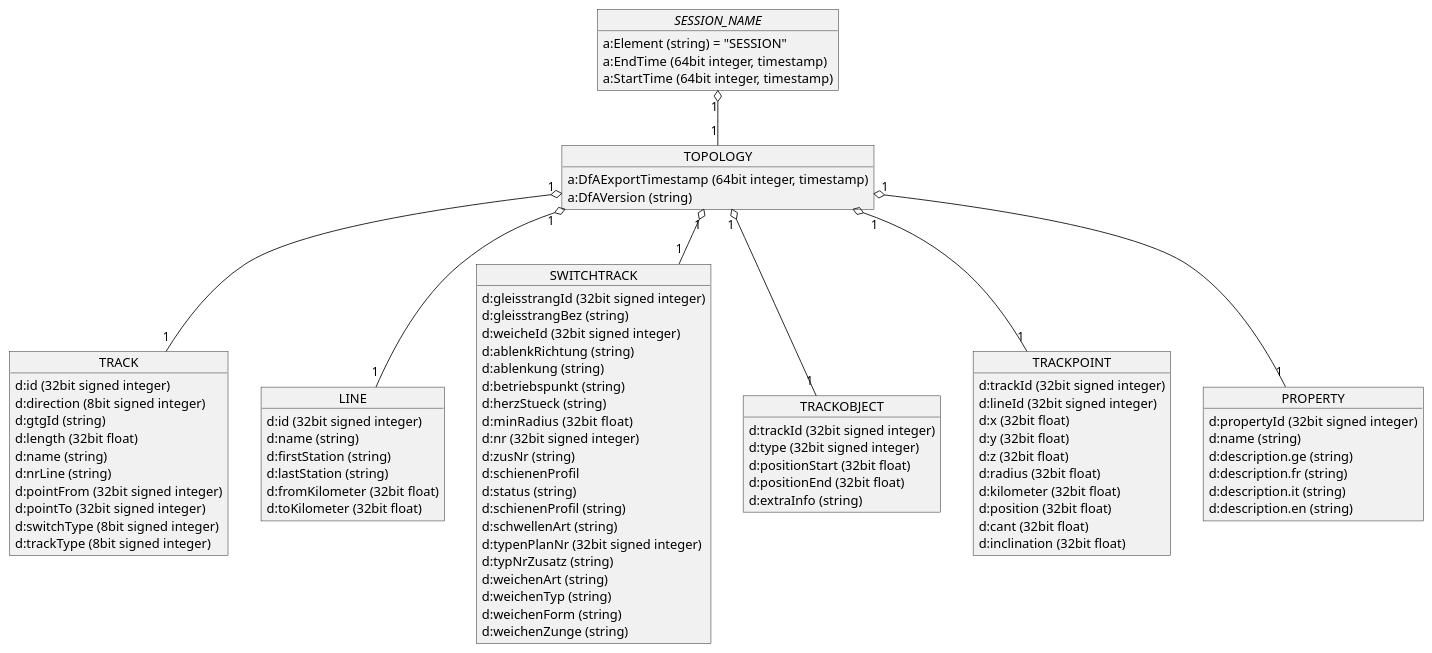
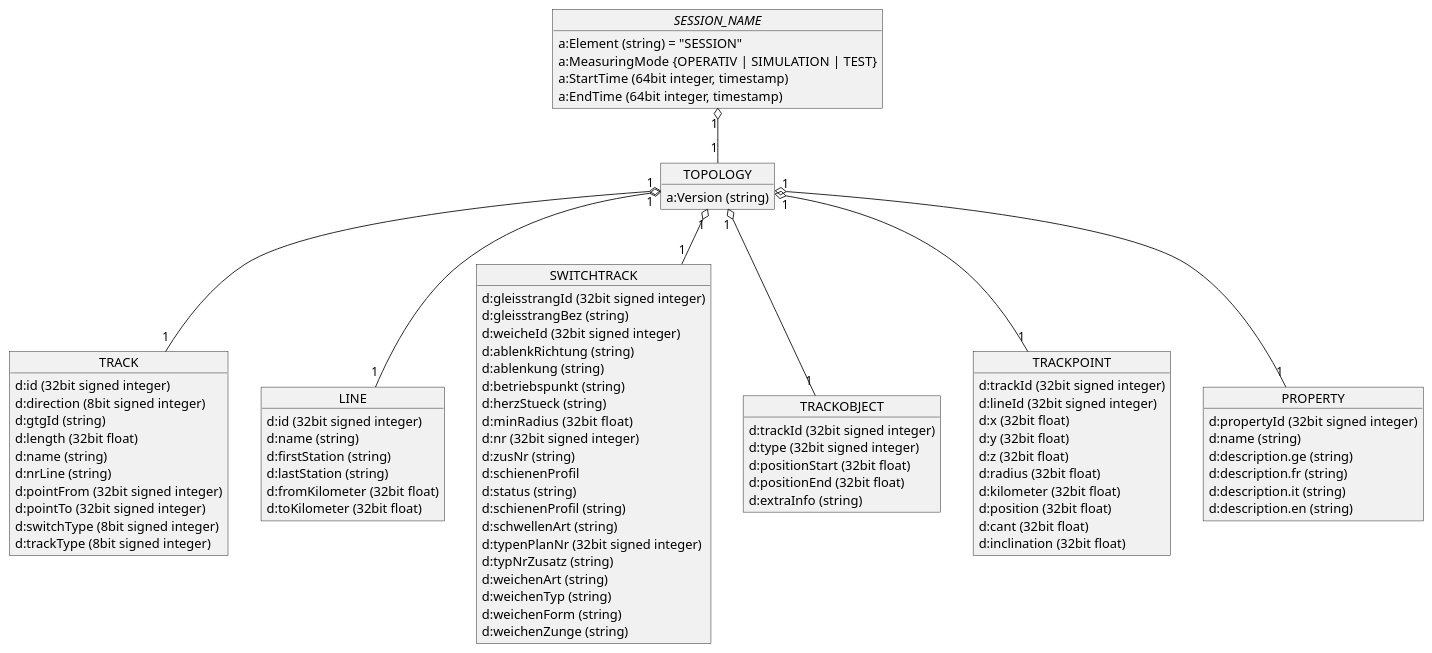
The fourth of 9 diagrams in images.puml (OpenRailAssociation/rcm-dx), drawn with PlantUML before and after one commit. The commit also changed other lines of this file and 5 other files, not shown here.

```diff
--- a/images.puml
+++ b/images.puml
@@ -169,98 +215,98 @@
 @startuml RCM_DX_Topology_overview
 
   object "//SESSION_NAME//" as session_name {
     a:Element (string) = "SESSION"
+    a:MeasuringMode {OPERATIV | SIMULATION | TEST}
+    a:StartTime (64bit integer, timestamp)
     a:EndTime (64bit integer, timestamp)
-    a:StartTime (64bit integer, timestamp)
   }
 
   object TOPOLOGY {
-    a:DfAExportTimestamp (64bit integer, timestamp)
-    a:DfAVersion (string)
+    a:Version (string)
   }
 
   object TRACK {
     d:id (32bit signed integer)
     d:direction (8bit signed integer)
     d:gtgId (string)
     d:length (32bit float)
     d:name (string)
     d:nrLine (string)
     d:pointFrom (32bit signed integer)
     d:pointTo (32bit signed integer)
     d:switchType (8bit signed integer)
     d:trackType (8bit signed integer)
   }
 
   object LINE {
     d:id (32bit signed integer)
     d:name (string)
     d:firstStation (string)
     d:lastStation (string)
     d:fromKilometer (32bit float)
     d:toKilometer (32bit float)
   }
 
   object SWITCHTRACK {
     d:gleisstrangId (32bit signed integer)
     d:gleisstrangBez (string)
     d:weicheId (32bit signed integer)
     d:ablenkRichtung (string)
     d:ablenkung (string)
     d:betriebspunkt (string)
     d:herzStueck (string)
     d:minRadius  (32bit float)
     d:nr (32bit signed integer)
     d:zusNr (string)
     d:schienenProfil
     d:status (string)
     d:schienenProfil (string)
     d:schwellenArt (string)
     d:typenPlanNr (32bit signed integer)
     d:typNrZusatz (string)
     d:weichenArt (string)
     d:weichenTyp (string)
     d:weichenForm (string)
     d:weichenZunge (string)
   }
 
   object TRACKOBJECT {
     d:trackId (32bit signed integer)
     d:type (32bit signed integer)
     d:positionStart (32bit float)
     d:positionEnd (32bit float)
     d:extraInfo (string)
   }
 
   object TRACKPOINT {
     d:trackId (32bit signed integer)
     d:lineId (32bit signed integer)
     d:x (32bit float)
     d:y (32bit float)
     d:z (32bit float)
     d:radius (32bit float)
     d:kilometer (32bit float)
     d:position (32bit float)
     d:cant (32bit float)
     d:inclination (32bit float)
   }
 
   object PROPERTY {
     d:propertyId (32bit signed integer)
     d:name (string)
     d:description.ge (string)
     d:description.fr (string)
     d:description.it (string)
     d:description.en (string)
   }
 
   session_name "1" o-- "1" TOPOLOGY
 
   TOPOLOGY "1" o-- "1" TRACK
   TOPOLOGY "1" o-- "1" LINE
   TOPOLOGY "1" o-- "1" SWITCHTRACK
   TOPOLOGY "1" o-- "1" TRACKOBJECT
   TOPOLOGY "1" o-- "1" TRACKPOINT
   TOPOLOGY "1" o-- "1" PROPERTY
 
 @enduml
```
